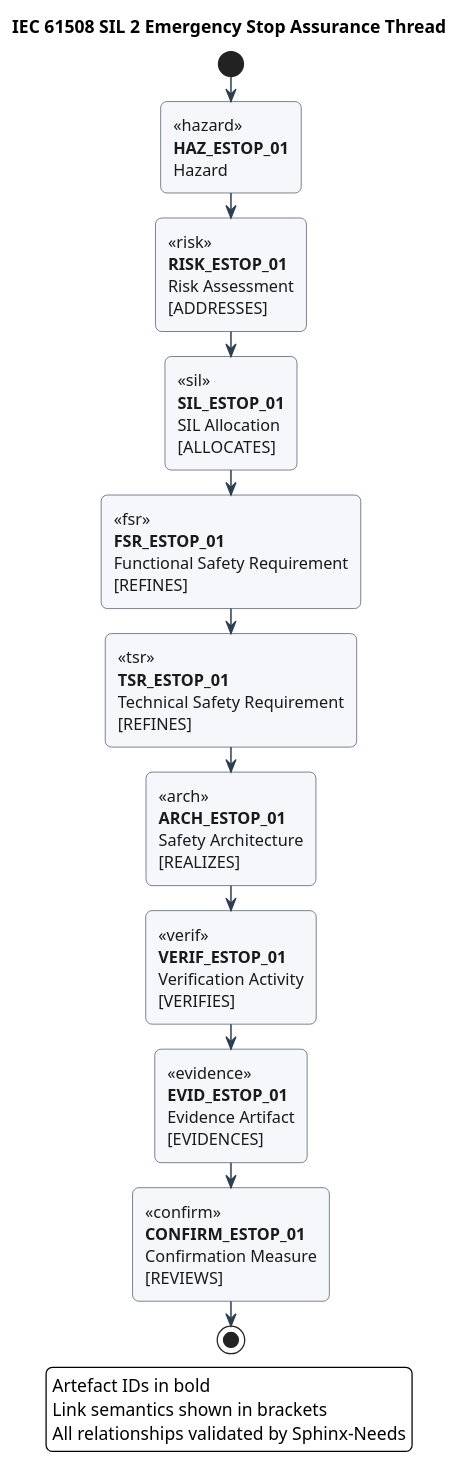
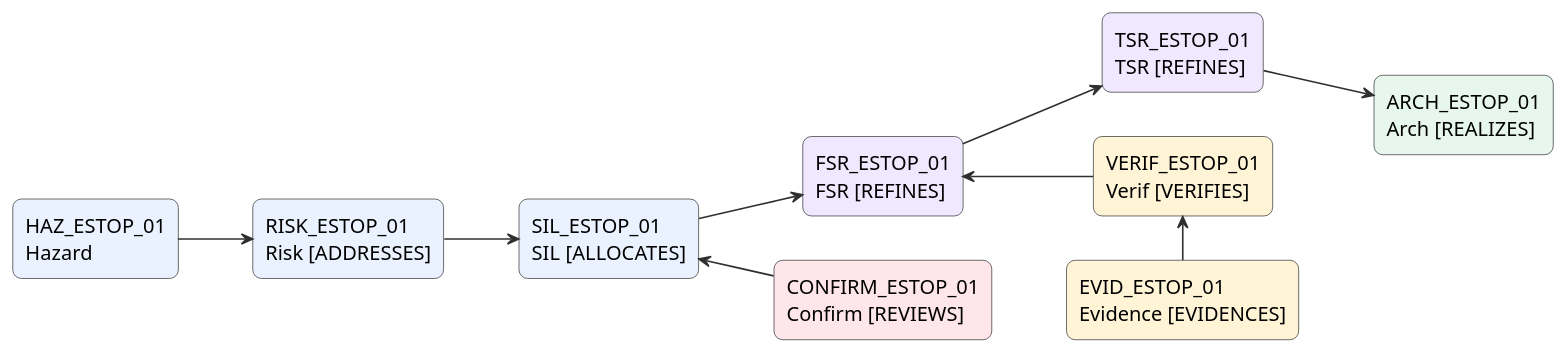
The diagram in docs/source/_static/iec61508_workflow.puml (piyenghar/iec61508-assurance-demo), drawn with PlantUML before and after one commit. The commit also changed 4 other files, not shown here.

Commit message:
Update overview, lifecycle checks, diagrams; add ignore rules for local helper files

```diff
--- a/docs/source/_static/iec61508_workflow.puml
+++ b/docs/source/_static/iec61508_workflow.puml
@@ -1,41 +1,38 @@
 @startuml
+left to right direction
+hide stereotype
+skinparam shadowing false
+skinparam RoundCorner 14
+skinparam ArrowThickness 1.3
+skinparam ArrowColor #2f2f2f
+skinparam defaultFontName Arial
+skinparam defaultFontSize 16
 
-' ===== Publication-grade styling =====
-skinparam backgroundColor white
-skinparam shadowing false
-skinparam roundcorner 10
-skinparam DefaultFontName Arial
-skinparam DefaultFontSize 13
+' --- Top Row: Core lifecycle ---
+rectangle "HAZ_ESTOP_01\nHazard" as HAZ #EAF2FF
+rectangle "RISK_ESTOP_01\nRisk [ADDRESSES]" as RISK #EAF2FF
+rectangle "SIL_ESTOP_01\nSIL [ALLOCATES]" as SIL #EAF2FF
+rectangle "FSR_ESTOP_01\nFSR [REFINES]" as FSR #EFE8FF
+rectangle "TSR_ESTOP_01\nTSR [REFINES]" as TSR #EFE8FF
+rectangle "ARCH_ESTOP_01\nArch [REALIZES]" as ARCH #E7F7EE
 
-skinparam activity {
-  BackgroundColor #F5F7FA
-  BorderColor #2C3E50
-  FontColor #1A1A1A
-}
+HAZ --> RISK
+RISK --> SIL
+SIL --> FSR
+FSR --> TSR
+TSR -down-> ARCH
 
-skinparam ArrowColor #2C3E50
-skinparam ArrowThickness 1.2
+' --- Bottom Row: V&V + Confirmation (right → left) ---
+rectangle "VERIF_ESTOP_01\nVerif [VERIFIES]" as VERIF #FFF4D6
+rectangle "EVID_ESTOP_01\nEvidence [EVIDENCES]" as EVID #FFF4D6
+rectangle "CONFIRM_ESTOP_01\nConfirm [REVIEWS]" as CONF #FFE6EA
 
-title IEC 61508 SIL 2 Emergency Stop Assurance Thread
+EVID -left-> VERIF
+VERIF -up-> FSR
+CONF -up-> SIL
 
-start
-
-:<<hazard>>\n**HAZ_ESTOP_01**\nHazard;
-:<<risk>>\n**RISK_ESTOP_01**\nRisk Assessment\n[ADDRESSES];
-:<<sil>>\n**SIL_ESTOP_01**\nSIL Allocation\n[ALLOCATES];
-:<<fsr>>\n**FSR_ESTOP_01**\nFunctional Safety Requirement\n[REFINES];
-:<<tsr>>\n**TSR_ESTOP_01**\nTechnical Safety Requirement\n[REFINES];
-:<<arch>>\n**ARCH_ESTOP_01**\nSafety Architecture\n[REALIZES];
-:<<verif>>\n**VERIF_ESTOP_01**\nVerification Activity\n[VERIFIES];
-:<<evidence>>\n**EVID_ESTOP_01**\nEvidence Artifact\n[EVIDENCES];
-:<<confirm>>\n**CONFIRM_ESTOP_01**\nConfirmation Measure\n[REVIEWS];
-
-stop
-
-legend right
-  Artefact IDs in bold
-  Link semantics shown in brackets
-  All relationships validated by Sphinx-Needs
-endlegend
+' Alignment helpers
+CONF -[hidden]-> EVID
+VERIF -[hidden]-> ARCH
 
 @enduml
```
